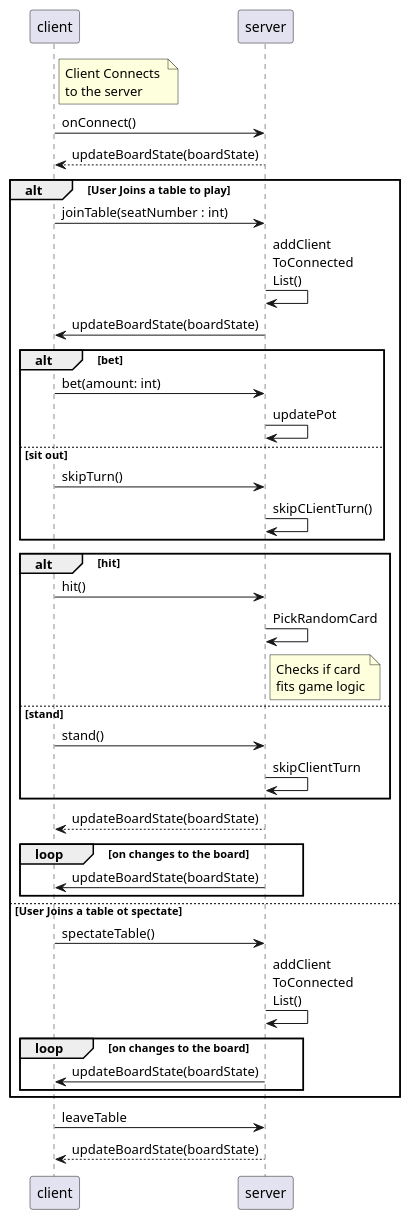
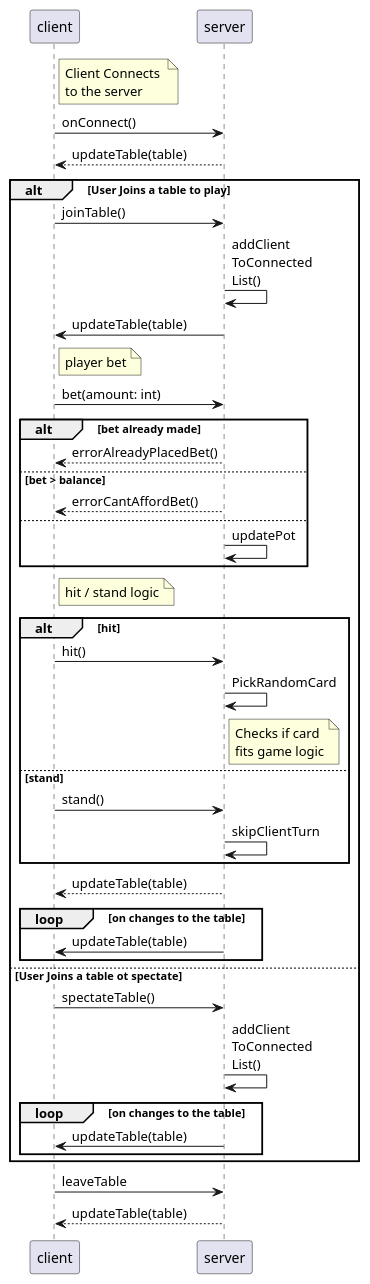
One commit to icefire1/hazardhulen.io changed the diagram in Documentation/sequence.puml. Above: the diagram before and after it, drawn with PlantUML. The commit also changed 3 other files, not shown here.

```diff
--- a/Documentation/sequence.puml
+++ b/Documentation/sequence.puml
@@ -1,44 +1,47 @@
-
 participant client as c
 participant server as s
 
 note right of c: Client Connects \nto the server
 c -> s: onConnect()
-s --> c: updateBoardState(boardState)
+s --> c: updateTable(table)
 
 alt User Joins a table to play
-c -> s: joinTable(seatNumber : int)
+c -> s: joinTable()
 s -> s: addClient\nToConnected\nList()
-s -> c: updateBoardState(boardState)
+s -> c: updateTable(table)
 
-alt bet
+note right of c: player bet
 c -> s: bet(amount: int)
+alt bet already made
+s --> c: errorAlreadyPlacedBet()
+else bet > balance
+s --> c: errorCantAffordBet()
+else
 s -> s: updatePot
-else sit out
-c -> s: skipTurn()
-s -> s: skipCLientTurn()
 end
+
+note right of c: hit / stand logic
 alt hit
 c -> s: hit()
 s -> s: PickRandomCard
 note right of s: Checks if card \nfits game logic
 else stand
 c -> s: stand()
 s -> s: skipClientTurn
 end
-s --> c: updateBoardState(boardState)
+s --> c: updateTable(table)
 
-
-loop on changes to the board
-s -> c: updateBoardState(boardState)
+loop on changes to the table
+s -> c: updateTable(table)
 end
 
 else User Joins a table ot spectate
 c -> s: spectateTable()
 s -> s: addClient\nToConnected\nList()
-loop on changes to the board
-s -> c: updateBoardState(boardState)
+
+loop on changes to the table
+s -> c: updateTable(table)
 end
 end
 c -> s: leaveTable
-s --> c: updateBoardState(boardState)
+s --> c: updateTable(table)
```
